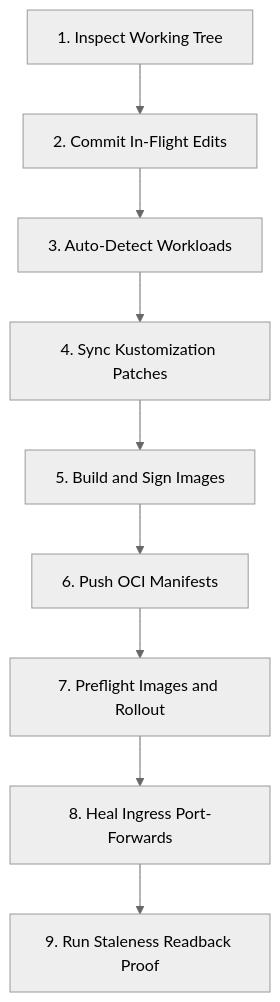
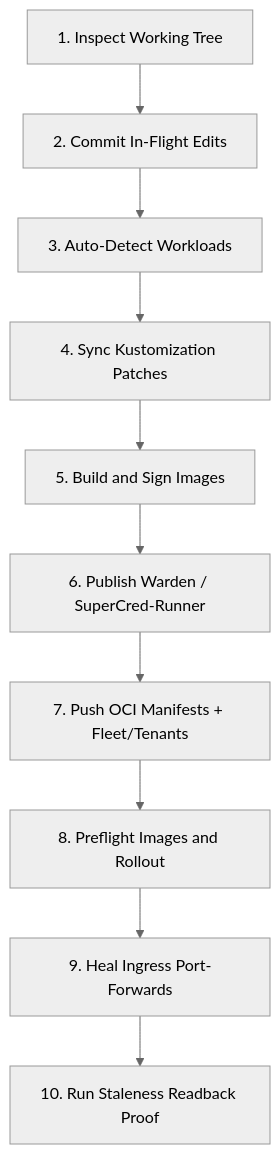
Before and after one commit to sublimino/architecture-as-code: the diagram in .agents/skills/sl-local-deploy/Workflows/DeployInFlight.md, drawn with Mermaid (neutral theme). The commit also changed other lines of this file and 3 other files, not shown here.

First line of the commit message:
feat: add fleet, warden and supercred-runner workloads to sl-local-deploy

````diff
--- a/.agents/skills/sl-local-deploy/Workflows/DeployInFlight.md
+++ b/.agents/skills/sl-local-deploy/Workflows/DeployInFlight.md
@@ -8,11 +8,12 @@
 ```mermaid
 flowchart TD
   A["1. Inspect Working Tree"] --> B["2. Commit In-Flight Edits"]
   B --> C["3. Auto-Detect Workloads"]
   C --> D["4. Sync Kustomization Patches"]
   D --> E["5. Build and Sign Images"]
-  E --> F["6. Push OCI Manifests"]
-  F --> G["7. Preflight Images and Rollout"]
-  G --> H["8. Heal Ingress Port-Forwards"]
-  H --> I["9. Run Staleness Readback Proof"]
+  E --> F["6. Publish Warden / SuperCred-Runner"]
+  F --> G["7. Push OCI Manifests + Fleet/Tenants"]
+  G --> H["8. Preflight Images and Rollout"]
+  H --> I["9. Heal Ingress Port-Forwards"]
+  I --> J["10. Run Staleness Readback Proof"]
 ```
````
